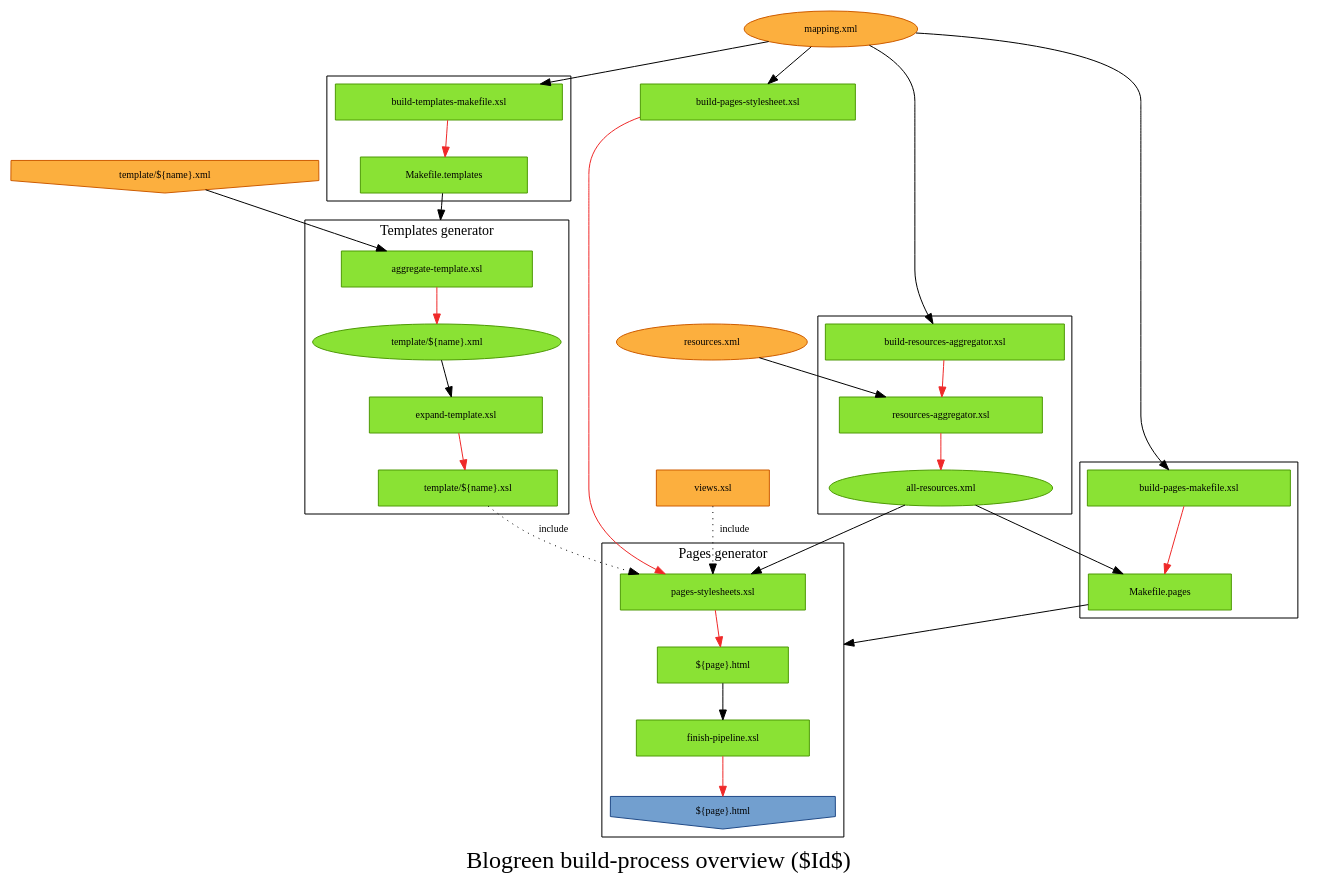
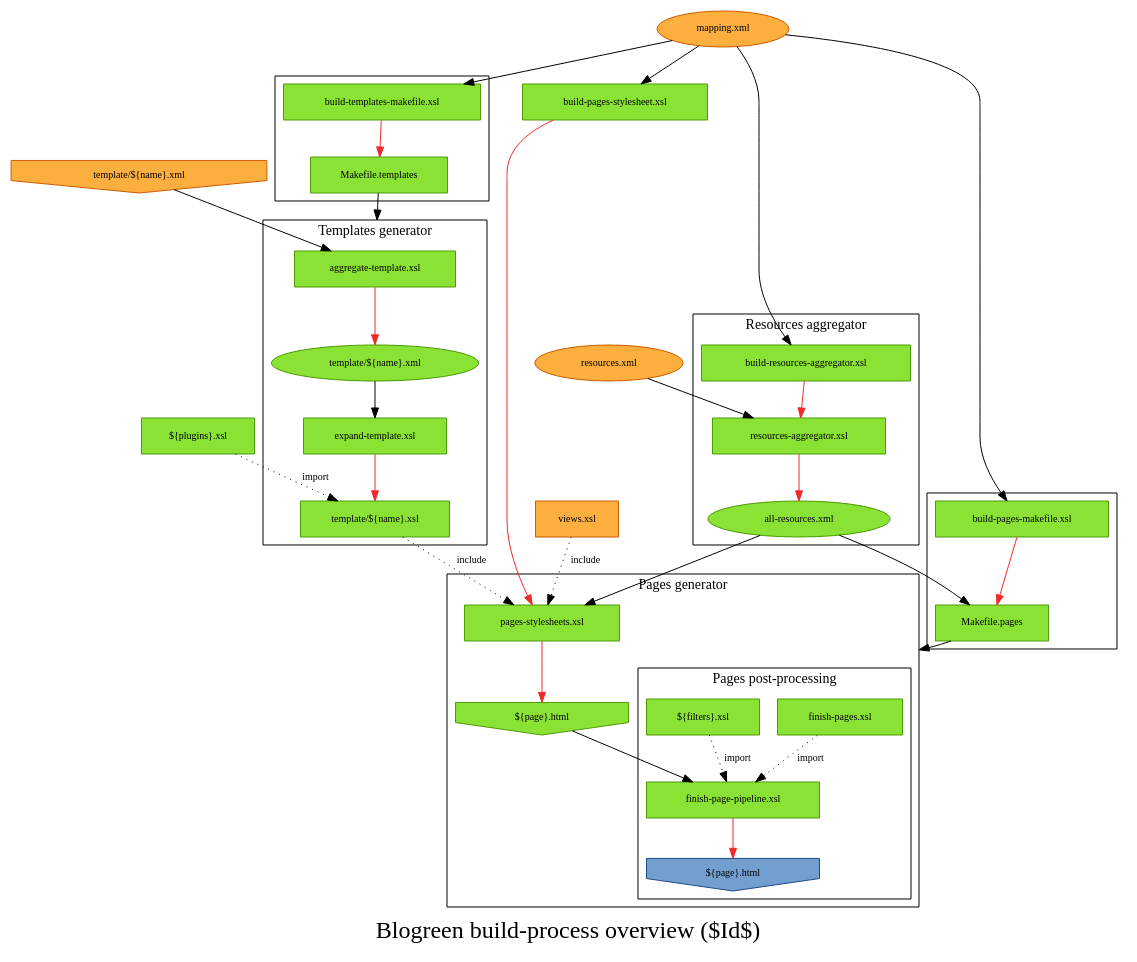
The diagram in doc/blogreen.dot (smortex/blogreen), drawn with Graphviz before and after one commit.

Commit message:
Update dependency graph.
- Add imports of plugins and filters;
- Add links;
- Add a few more descriptions;
- Attempt to sort-out statements;

```diff
--- a/doc/blogreen.dot
+++ b/doc/blogreen.dot
@@ -1,88 +1,104 @@
 /*
  * Describe the global process of generating pages.
  */
 digraph Blogreen {
     compound=true;
     fontname=inconsolata;
     fontsize=14;
-    node[fontname=inconsolata, fontsize=10, margin=".4, .1", style=filled, fillcolor="#8ae234", color="#4e9a06"];
+    node[fontname=inconsolata, fontsize=10, margin=".2, .1", style=filled, fillcolor="#8ae234", color="#4e9a06"];
     edge[fontname=inconsolata, fontsize=10];
 
     node[shape=box]
-    res		[label="resources.xml", shape=ellipse, fillcolor="#fcaf3e", color="#ce5c00"];
-    map		[label="mapping.xml", shape=ellipse, fillcolor="#fcaf3e", color="#ce5c00"];
+    res		[label="resources.xml", shape=ellipse, fillcolor="#fcaf3e", color="#ce5c00", URL="http://blogreen.org/TR/Resources", tooltip="Resources Namespace"];
+    map		[label="mapping.xml",   shape=ellipse, fillcolor="#fcaf3e", color="#ce5c00", URL="http://blogreen.org/TR/Mapping",   tooltip="Mapping Namespace"];
 
     subgraph clusterPagesMakefile {
 	bpm		[label="build-pages-makefile.xsl"];
 	pm		[label="Makefile.pages"];
     }
 
     bps		[label="build-pages-stylesheet.xsl"];
 
     subgraph clusterTemplatesMakefile {
 	btm		[label="build-templates-makefile.xsl"];
 	tm		[label="Makefile.templates"];
     }
 
     srctmplxml		[label="template/${name}.xml", shape=invhouse, fillcolor="#fcaf3e", color="#ce5c00"];
 
     subgraph clusterTemplates {
 	label = "Templates generator";
 	shape=box;
 	objtmplxml	[label="template/${name}.xml", shape=ellipse];
 	objtmplxsl	[label="template/${name}.xsl"];
 
 	at		[label="aggregate-template.xsl"];
 	et		[label="expand-template.xsl"];
 
 	at -> objtmplxml [color="#ef2929"];
 	objtmplxml -> et;
 	et -> objtmplxsl [color="#ef2929"];
     }
-	srctmplxml -> at;
+    srctmplxml -> at;
+
+    plugins		[label="${plugins}.xsl"];
+    plugins -> objtmplxsl [label=import, style=dotted];
 
     subgraph clusterResources {
 	ra		[label="resources-aggregator.xsl"];
 	bra		[label="build-resources-aggregator.xsl"];
 	allres		[label="all-resources.xml", shape=ellipse];
+
+	label = "Resources aggregator";
     }
 
     subgraph clusterPages {
+	ps		[label="pages-stylesheets.xsl"];
+	index		[label="${page}.html", shape=invhouse];
+
+	subgraph clusterFo {
+	    fp			[label="finish-pages.xsl"];
+	    filters		[label="${filters}.xsl"];
+	    fpp			[label="finish-page-pipeline.xsl"];
+	    pindex		[label="${page}.html", shape=invhouse, fillcolor="#729fcf", color="#204a87"];
+
+	    { fp; filters } -> fpp [label="import", style=dotted];
+
+	    label = "Pages post-processing";
+	}
+
+	index -> fpp;
+
 	label = "Pages generator";
-	ps		[label="pages-stylesheets.xsl"];
-	index		[label="${page}.html"];
-	fp		[label="finish-pipeline.xsl"];
-	pindex		[label="${page}.html", shape=invhouse, fillcolor="#729fcf", color="#204a87"];
-
-	index -> fp;
     }
 
     views		[label="views.xsl", fillcolor="#fcaf3e", color="#ce5c00"];
 
     tm -> at [lhead=clusterTemplates];
 
     map -> bra;
     res -> ra;
 
     map -> bps;
     allres -> ps;
     {views; objtmplxsl} -> ps [label=include, style=dotted];
 
     map -> bpm;
     allres -> pm;
 
     map -> btm;
 
     pm -> index [lhead=clusterPages];
 
-    edge[color="#ef2929"];
-    bra -> ra -> allres;
-    bps -> ps;
-    bpm -> pm;
-    btm -> tm;
-    ps -> index;
-    fp -> pindex;
+    {
+	edge[color="#ef2929"];
+	bra -> ra -> allres;
+	bps -> ps -> index;
+	bpm -> pm;
+	btm -> tm;
+	fpp -> pindex;
+    }
 
     fontsize=24;
     label="Blogreen build-process overview ($Id$)";
 }
```
